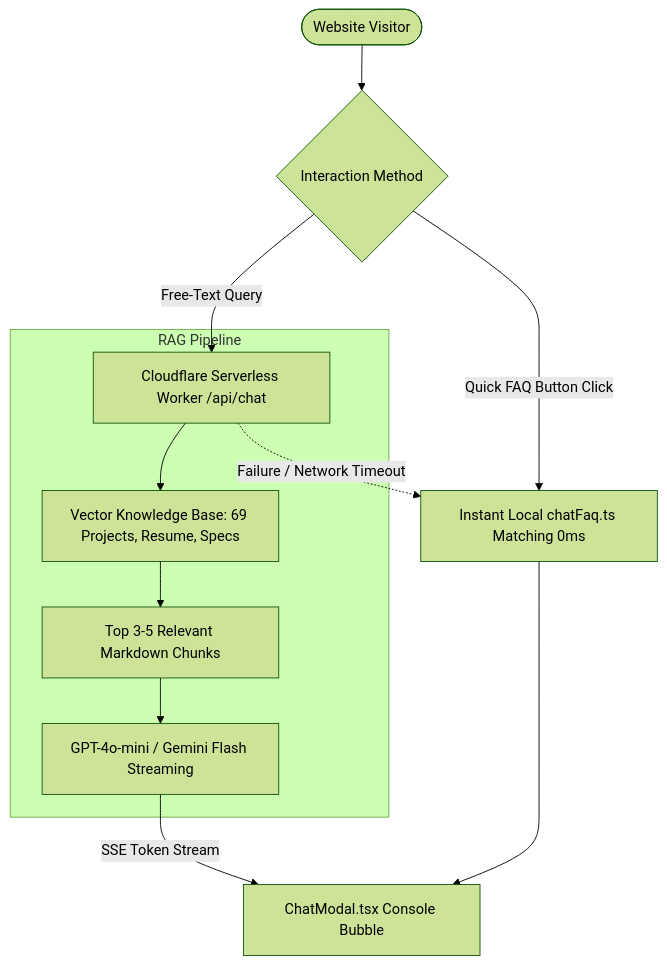
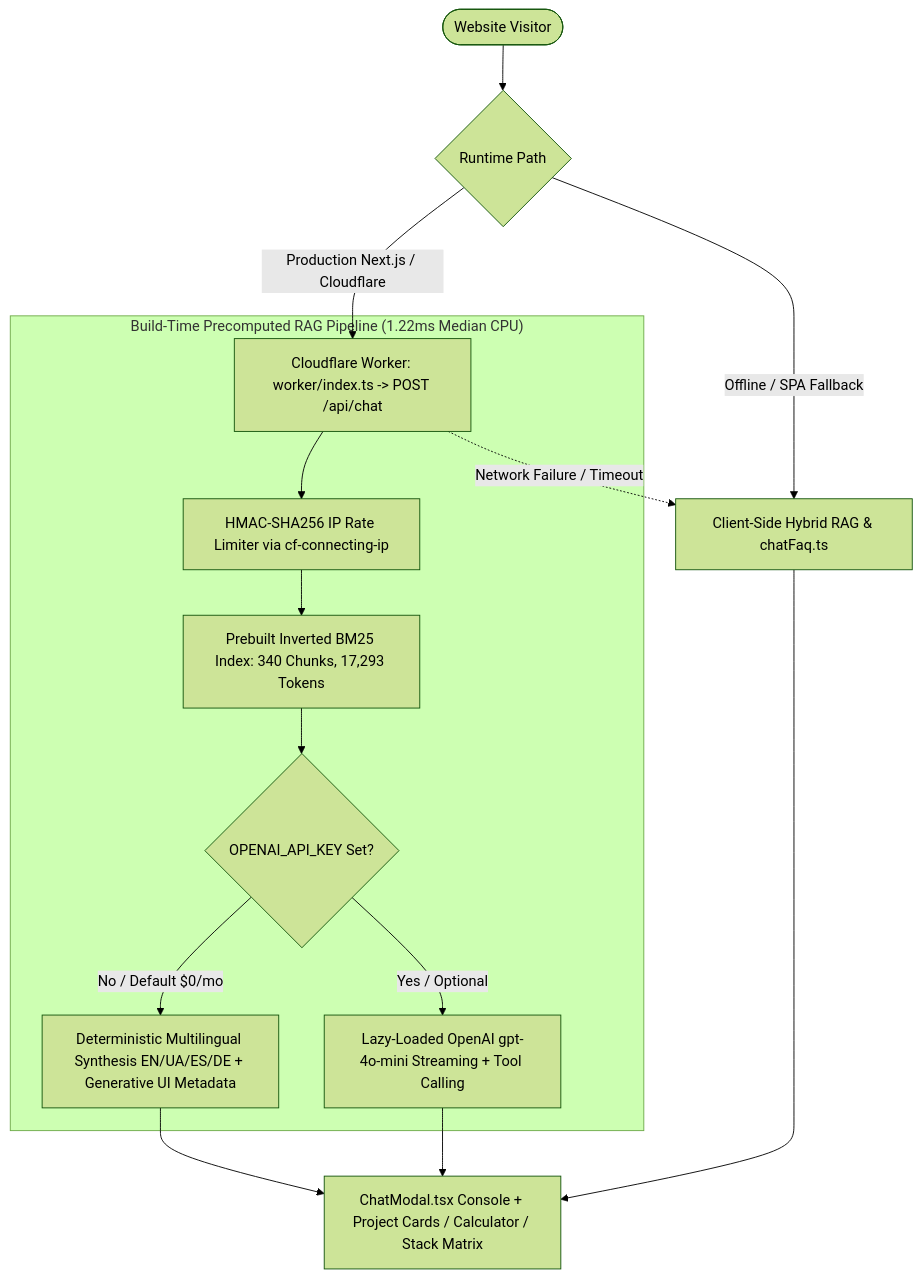
The second of 2 diagrams in ARCHITECTURE.md (YusupovWebArt/Portfolio), drawn with Mermaid (forest theme) before and after one commit. The commit also changed other lines of this file and 2 other files, not shown here.

Commit message:
docs(specs): document Cloudflare Workers deployment, prebuilt RAG pipeline, and dual CI/CD

````diff
--- a/ARCHITECTURE.md
+++ b/ARCHITECTURE.md
@@ -134,16 +148,19 @@
 ```mermaid
 graph TD
-    User([Website Visitor]) --> Choice{Interaction Method}
-    Choice -- Quick FAQ Button Click --> LocalFAQ[Instant Local chatFaq.ts Matching 0ms]
-    Choice -- Free-Text Query --> EdgeRAG[Cloudflare Serverless Worker /api/chat]
-    
-    subgraph RAG Pipeline
-        EdgeRAG --> VectorDB[Vector Knowledge Base: 69 Projects, Resume, Specs]
-        VectorDB --> TopKContext[Top 3-5 Relevant Markdown Chunks]
-        TopKContext --> LLM[GPT-4o-mini / Gemini Flash Streaming]
+    User([Website Visitor]) --> Choice{Runtime Path}
+    Choice -- Production Next.js / Cloudflare --> EdgeRAG[Cloudflare Worker: worker/index.ts -> POST /api/chat]
+    Choice -- Offline / SPA Fallback --> LocalRAG[Client-Side Hybrid RAG & chatFaq.ts]
+
+    subgraph PrebuiltEdgeRAG ["Build-Time Precomputed RAG Pipeline (1.22ms Median CPU)"]
+        EdgeRAG --> RateLimit[HMAC-SHA256 IP Rate Limiter via cf-connecting-ip]
+        RateLimit --> PrebuiltIndex[Prebuilt Inverted BM25 Index: 340 Chunks, 17,293 Tokens]
+        PrebuiltIndex --> Synthesis{OPENAI_API_KEY Set?}
+        Synthesis -- No / Default $0/mo --> LocalSynth[Deterministic Multilingual Synthesis EN/UA/ES/DE + Generative UI Metadata]
+        Synthesis -- Yes / Optional --> LLM[Lazy-Loaded OpenAI gpt-4o-mini Streaming + Tool Calling]
     end
-    
-    LLM -- SSE Token Stream --> ChatUI[ChatModal.tsx Console Bubble]
-    LocalFAQ --> ChatUI
-    EdgeRAG -. Failure / Network Timeout .-> LocalFAQ
+
+    LocalSynth --> ChatUI[ChatModal.tsx Console + Project Cards / Calculator / Stack Matrix]
+    LLM --> ChatUI
+    LocalRAG --> ChatUI
+    EdgeRAG -. Network Failure / Timeout .-> LocalRAG
 ```
````
